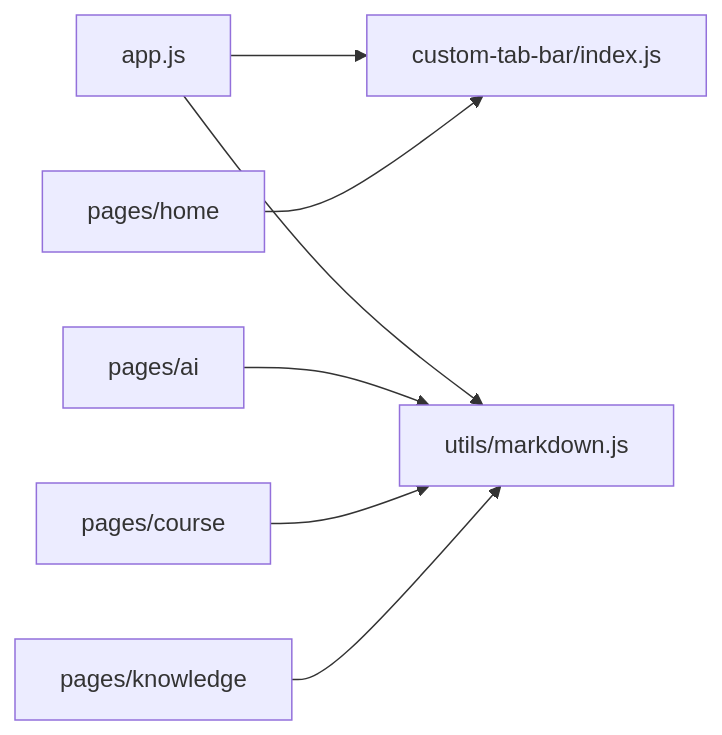
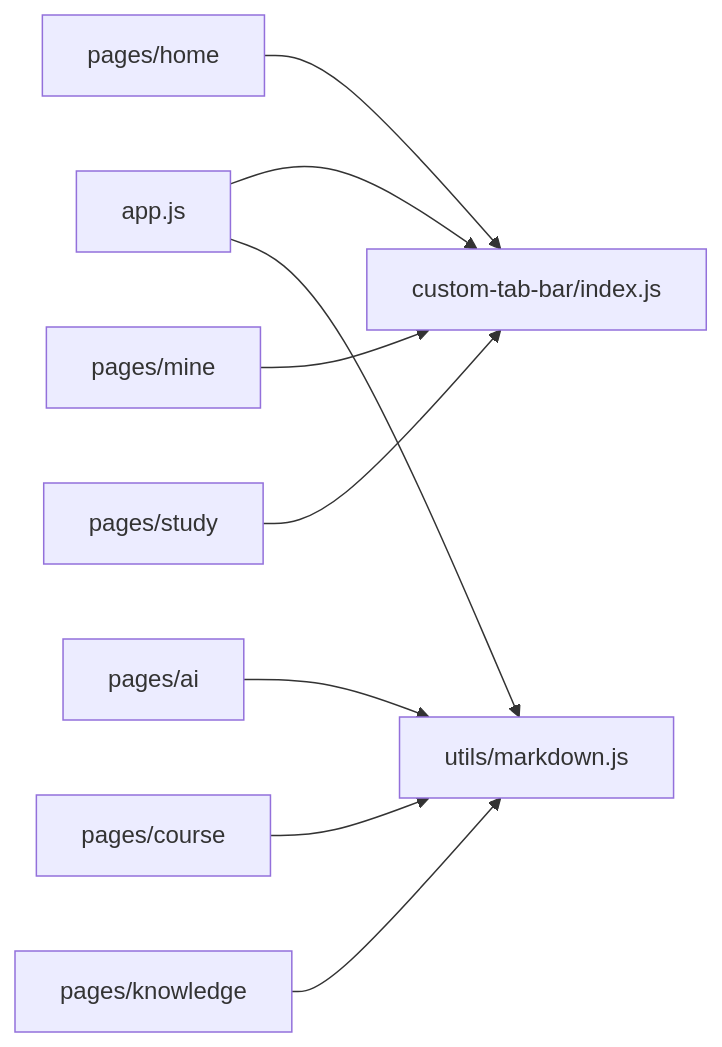
One commit to cwb7756/bio changed the seventh of 7 diagrams in .qoder/repowiki/zh/content/架构设计/前端架构设计.md. Above: the diagram before and after it, drawn with Mermaid. The commit also changed other lines of this file and 46 other files, not shown here.

````diff
--- a/.qoder/repowiki/zh/content/架构设计/前端架构设计.md
+++ b/.qoder/repowiki/zh/content/架构设计/前端架构设计.md
@@ -373,9 +426,11 @@
 ```mermaid
 graph LR
 APP["app.js"] --> TAB["custom-tab-bar/index.js"]
 APP --> MD["utils/markdown.js"]
 PAGE_HOME["pages/home"] --> TAB
 PAGE_AI["pages/ai"] --> MD
 PAGE_COURSE["pages/course"] --> MD
 PAGE_KNOWLEDGE["pages/knowledge"] --> MD
+PAGE_MINE["pages/mine"] --> TAB
+PAGE_STUDY["pages/study"] --> TAB
 ```
````
